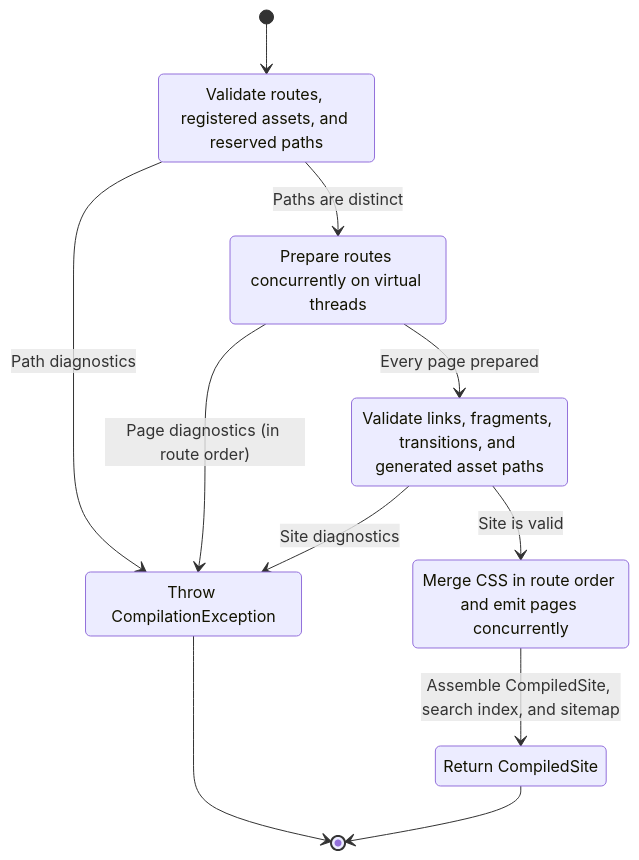
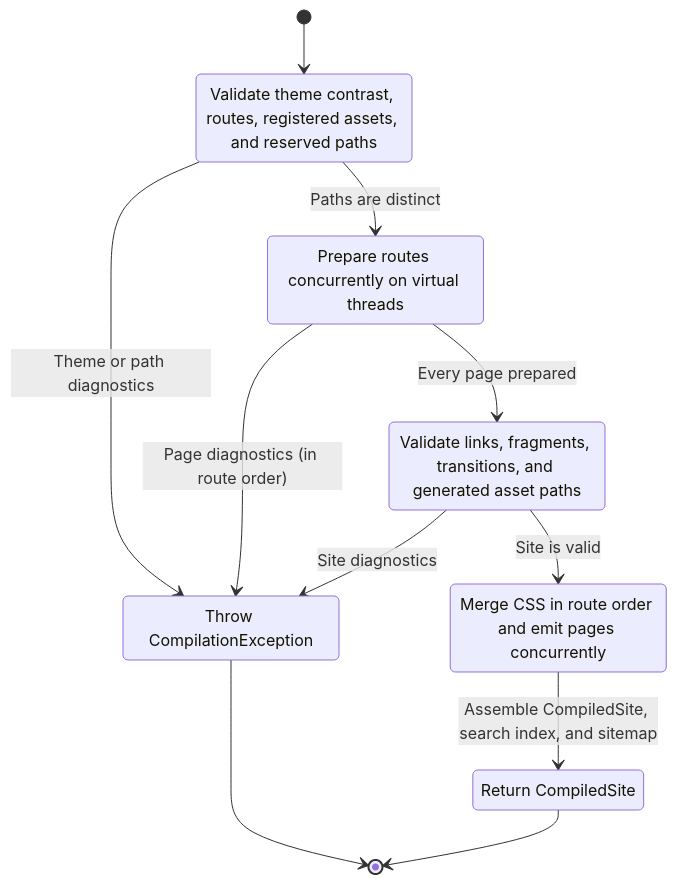
The second of 2 diagrams in docs/compiler.md (thiagogcm/tessera), drawn with Mermaid before and after one commit. The commit also changed other lines of this file and 14 other files, not shown here.

````diff
--- a/docs/compiler.md
+++ b/docs/compiler.md
@@ -66,21 +66,21 @@
 ```mermaid
 stateDiagram-v2
     accTitle: Site compilation stages
-    accDescr: SiteCompiler checks route and file paths, prepares routes concurrently, runs cross-route validation, and emits pages and site artifacts. Any authoring diagnostics transition to Rejected.
+    accDescr: SiteCompiler checks theme contrast and route and file paths, prepares routes concurrently, runs cross-route validation, and emits pages and site artifacts. Any authoring diagnostics transition to Rejected.
     [*] --> CheckingPaths
-    CheckingPaths: Validate routes, registered assets, and reserved paths
-    CheckingPaths --> Rejected: Path diagnostics
+    CheckingPaths: Validate theme contrast, routes, registered assets, and reserved paths
+    CheckingPaths --> Rejected: Theme or path diagnostics
     CheckingPaths --> Preparing: Paths are distinct
     Preparing: Prepare routes concurrently on virtual threads
     Preparing --> Rejected: Page diagnostics (in route order)
     Preparing --> Validating: Every page prepared
     Validating: Validate links, fragments, transitions, and generated asset paths
     Validating --> Rejected: Site diagnostics
     Validating --> Emitting: Site is valid
     Emitting: Merge CSS in route order and emit pages concurrently
     Emitting --> Compiled: Assemble CompiledSite, search index, and sitemap
     Rejected: Throw CompilationException
     Rejected --> [*]
     Compiled: Return CompiledSite
     Compiled --> [*]
 ```
````
